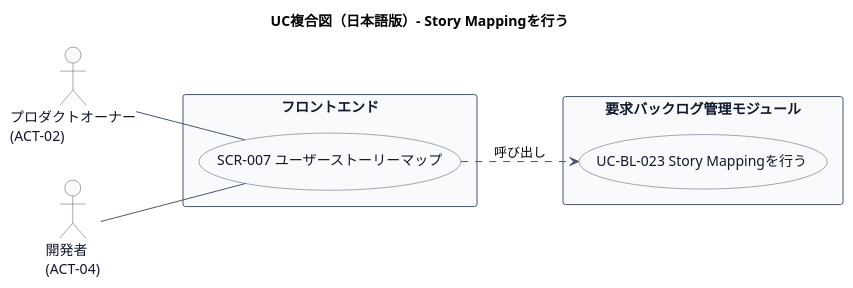
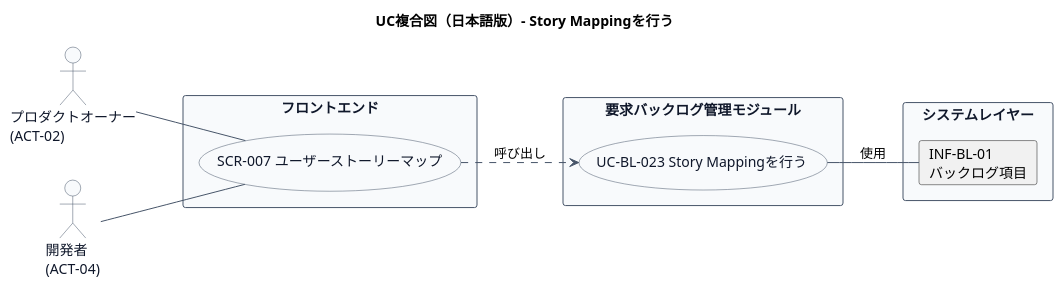
The second of 2 diagrams in docs/22 要件定義書/AG アジルーム/03 機能要件/AG-02 要求バックログ管理/03.システム境界/UC-BL-023 Story Mappingを行う/UC複合図.md (mizo432/modulith-learning), drawn with PlantUML before and after one commit. The commit also changed other lines of this file and 209 other files, not shown here.

````diff
--- a/docs/22 要件定義書/AG アジルーム/03 機能要件/AG-02 要求バックログ管理/03.システム境界/UC-BL-023 Story Mappingを行う/UC複合図.md
+++ b/docs/22 要件定義書/AG アジルーム/03 機能要件/AG-02 要求バックログ管理/03.システム境界/UC-BL-023 Story Mappingを行う/UC複合図.md
@@ -53,38 +58,43 @@
 ```plantuml
 title UC複合図（日本語版）- Story Mappingを行う
 left to right direction
 
 skinparam usecase {
   BackgroundColor #F8FAFC
   BorderColor #475569
   FontColor #0F172A
 }
 skinparam actor {
   BackgroundColor #F8FAFC
   BorderColor #475569
   FontColor #0F172A
 }
 skinparam rectangle {
   BackgroundColor #F8FAFC
   BorderColor #475569
   FontColor #0F172A
 }
 skinparam arrowColor #475569
 skinparam shadowing false
 
 actor "プロダクトオーナー\n(ACT-02)" as ACT1
 actor "開発者\n(ACT-04)" as ACT2
 
 rectangle "フロントエンド" {
   usecase "SCR-007 ユーザーストーリーマップ" as SCR
 }
 
 rectangle "要求バックログ管理モジュール" {
   usecase "UC-BL-023 Story Mappingを行う" as UC
 }
 
+rectangle "システムレイヤー" {
+  card "INF-BL-01\nバックログ項目" as INF01
+}
+
 ACT1 -- SCR
 ACT2 -- SCR
 SCR ..> UC : 呼び出し
+UC -- INF01 : 使用
 @enduml
 ```
````
